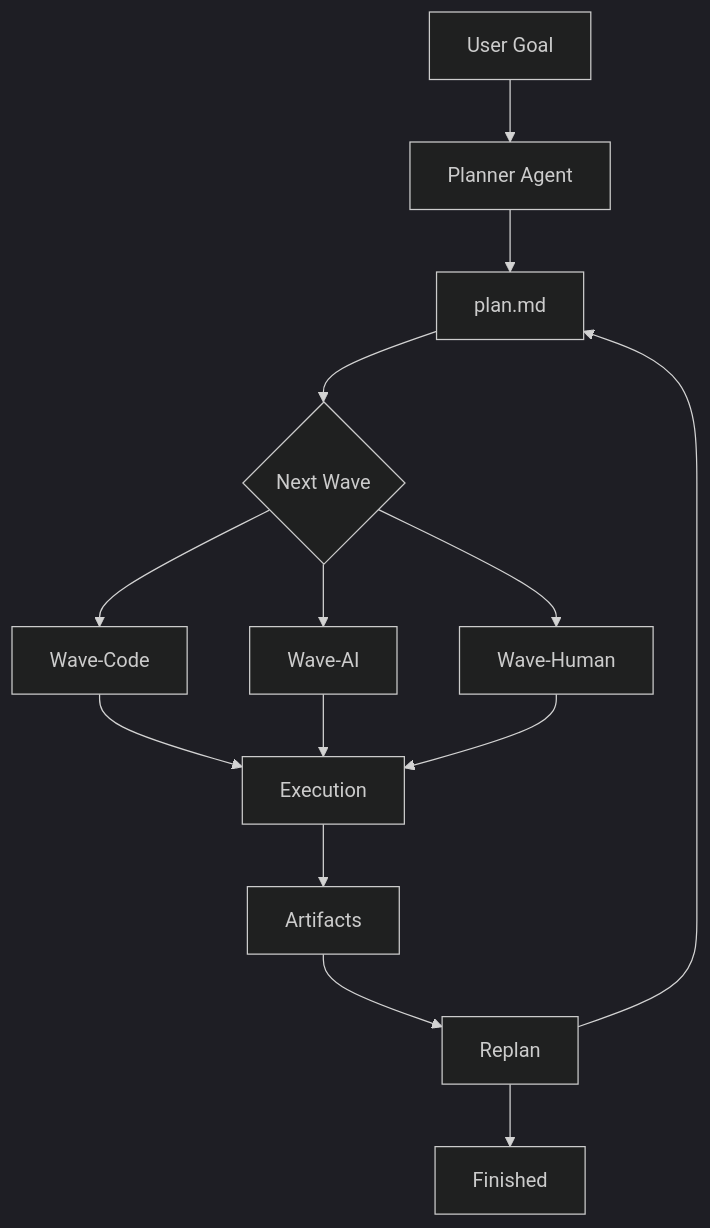
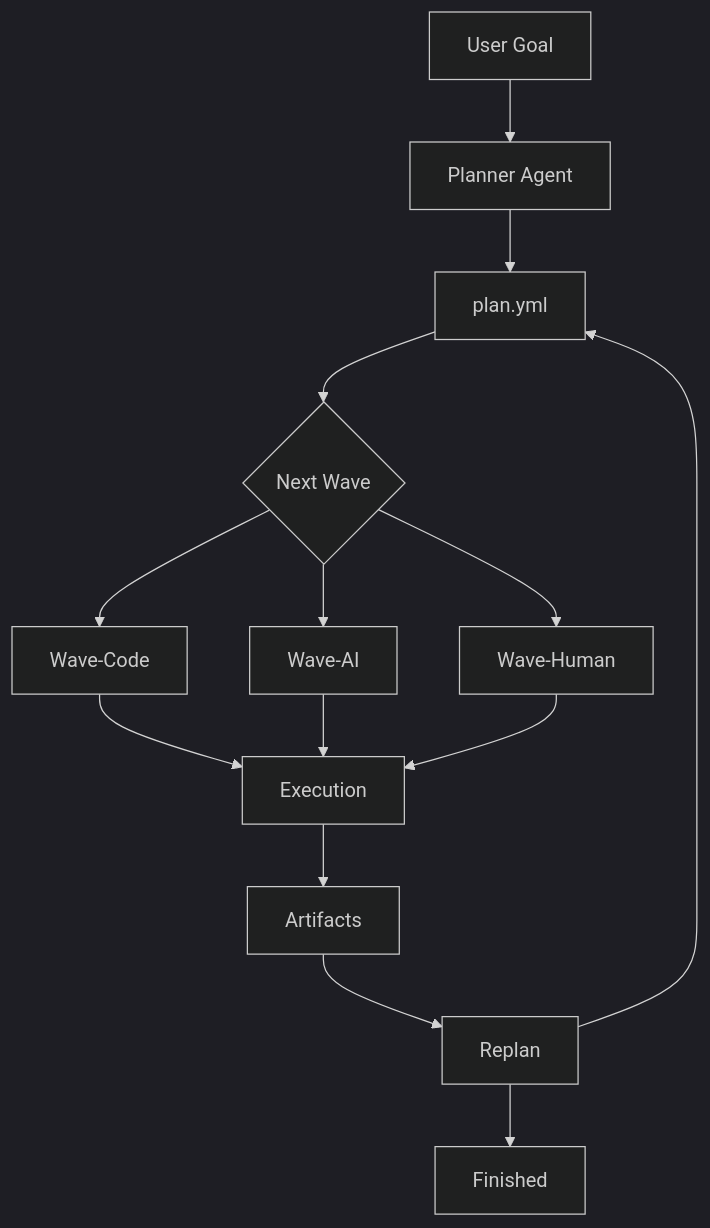
Before and after one commit to 010101mostafa/Waves-Compiler: the third of 8 diagrams in README.md, drawn with Mermaid (dark theme). The commit also changed other lines of this file, not shown here.

Commit message:
Rename plan.md to plan.yml in documentation

````diff
--- a/README.md
+++ b/README.md
@@ -125,51 +127,51 @@
 ```mermaid
 flowchart TD
 
 A[User Goal]
 
 B[Planner Agent]
 
-C[plan.md]
+C[plan.yml]
 
 D{Next Wave}
 
 E[Wave-Code]
 
 F[Wave-AI]
 
 G[Wave-Human]
 
 H[Execution]
 
 I[Artifacts]
 
 J[Replan]
 
 K[Finished]
 
 A --> B
 
 B --> C
 
 C --> D
 
 D --> E
 
 D --> F
 
 D --> G
 
 E --> H
 
 F --> H
 
 G --> H
 
 H --> I
 
 I --> J
 
 J --> C
 
 J --> K
 ```
````
